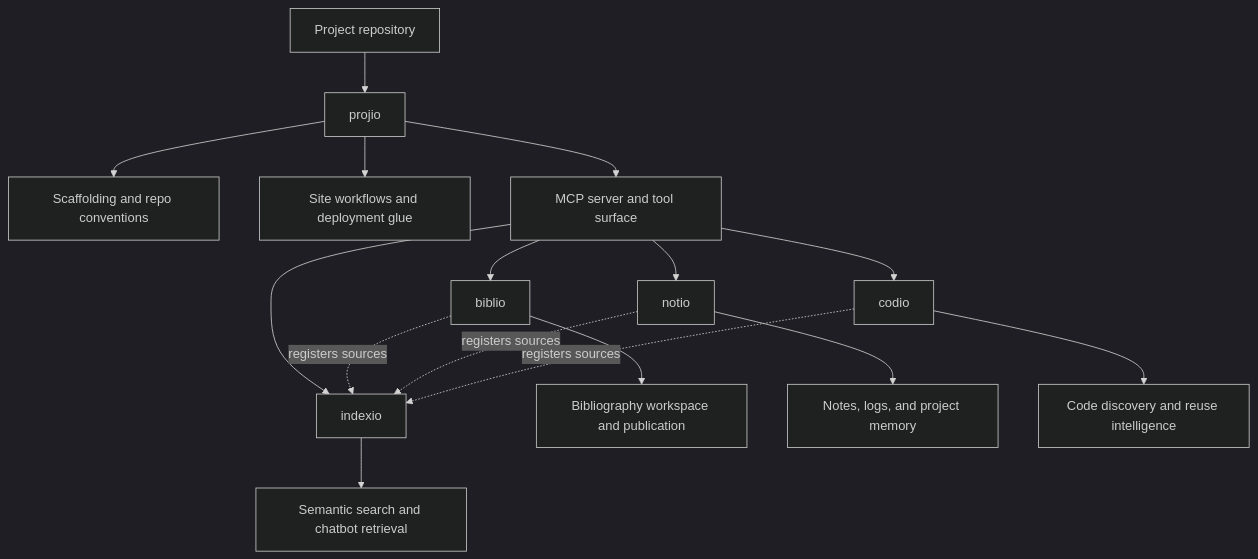
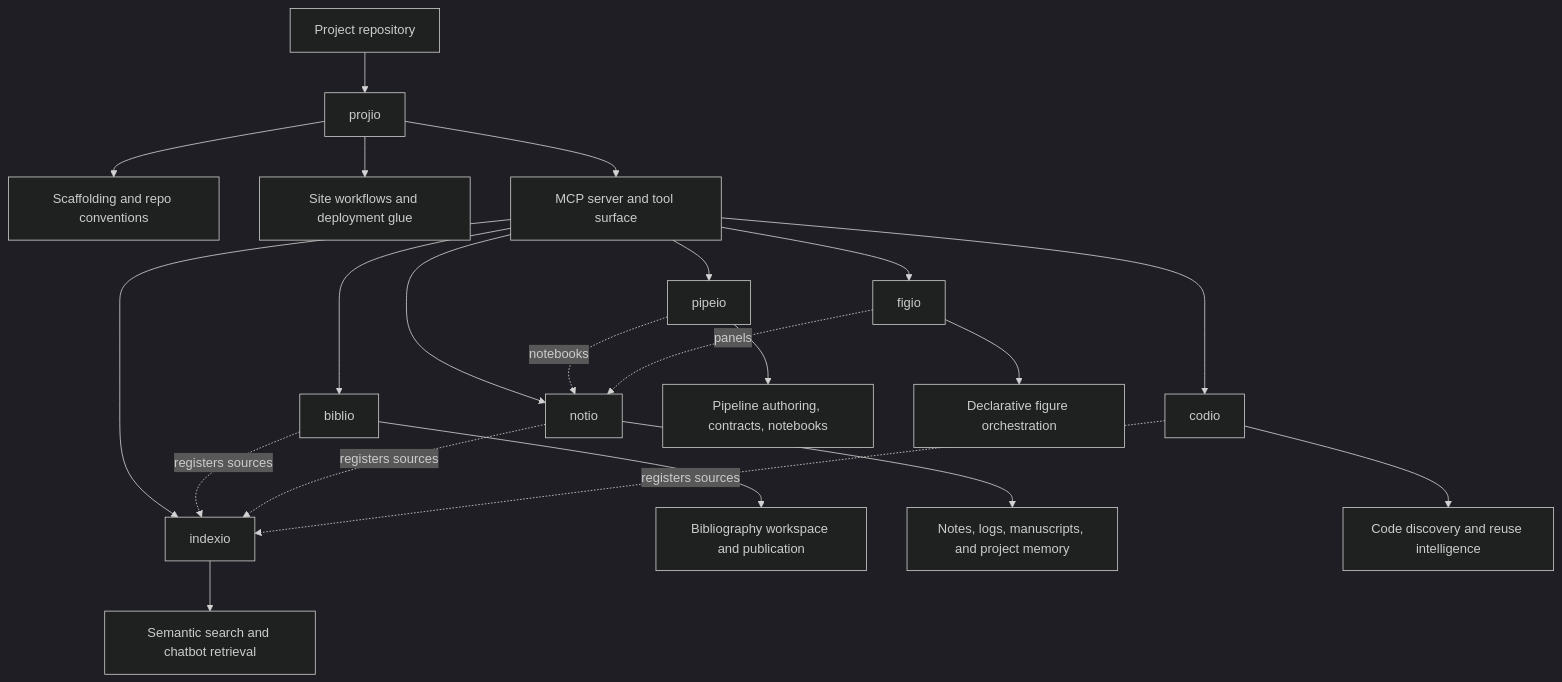
One commit to arashshahidi1997/projio changed the diagram in docs/explanation/ecosystem.md. Above: the diagram before and after it, drawn with Mermaid (dark theme). The commit also changed other lines of this file and 12 other files, not shown here.

````diff
--- a/docs/explanation/ecosystem.md
+++ b/docs/explanation/ecosystem.md
@@ -15,22 +17,28 @@
 ```mermaid
 flowchart TD
     U[Project repository] --> P[projio]
 
     P --> S[Scaffolding and repo conventions]
     P --> D[Site workflows and deployment glue]
     P --> M[MCP server and tool surface]
 
     M --> I[indexio]
     M --> B[biblio]
     M --> N[notio]
     M --> C[codio]
+    M --> Pi[pipeio]
+    M --> F[figio]
 
     I --> IR[Semantic search and chatbot retrieval]
     B --> BR[Bibliography workspace and publication]
-    N --> NR[Notes, logs, and project memory]
+    N --> NR[Notes, logs, manuscripts, and project memory]
     C --> CR[Code discovery and reuse intelligence]
+    Pi --> PiR[Pipeline authoring, contracts, notebooks]
+    F --> FR[Declarative figure orchestration]
 
     B -. registers sources .-> I
     N -. registers sources .-> I
     C -. registers sources .-> I
+    Pi -. notebooks .-> N
+    F -. panels .-> N
 ```
````
